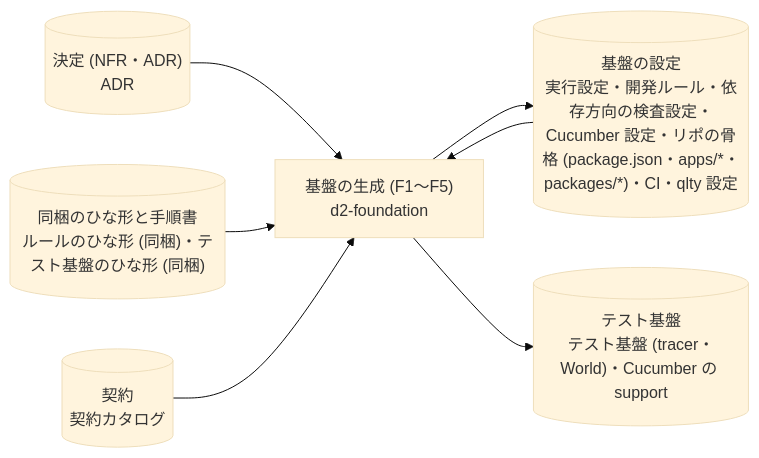
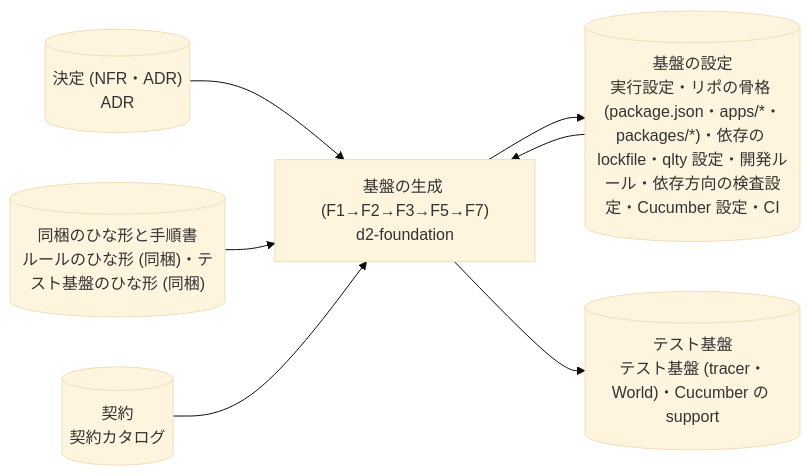
One commit to suwa-sh/suwa-sh-claude-plugins changed the eighth of 34 diagrams in plugins/distillery2/skills/d2-common/references/dataflow.md. Above: the diagram before and after it, drawn with Mermaid (base theme). The commit also changed other lines of this file and 16 other files, not shown here.

````diff
--- a/plugins/distillery2/skills/d2-common/references/dataflow.md
+++ b/plugins/distillery2/skills/d2-common/references/dataflow.md
@@ -224,15 +233,15 @@
 ```mermaid
 flowchart LR
-  p_foundation["基盤の生成 (F1〜F5)<br/>d2-foundation"]
+  p_foundation["基盤の生成 (F1→F2→F3→F5→F7)<br/>d2-foundation"]
   g_decisions[("決定 (NFR・ADR)<br/>ADR")]
   g_packaged[("同梱のひな形と手順書<br/>ルールのひな形 (同梱)・テスト基盤のひな形 (同梱)")]
   g_contracts[("契約<br/>契約カタログ")]
-  g_settings[("基盤の設定<br/>実行設定・開発ルール・依存方向の検査設定・Cucumber 設定・リポの骨格 (package.json・apps/*・packages/*)・CI・qlty 設定")]
+  g_settings[("基盤の設定<br/>実行設定・リポの骨格 (package.json・apps/*・packages/*)・依存の lockfile・qlty 設定・開発ルール・依存方向の検査設定・Cucumber 設定・CI")]
   g_test_infra[("テスト基盤<br/>テスト基盤 (tracer・World)・Cucumber の support")]
   g_decisions --> p_foundation
   g_packaged --> p_foundation
   g_contracts --> p_foundation
   g_settings --> p_foundation
   p_foundation --> g_settings
   p_foundation --> g_test_infra
 ```
````
